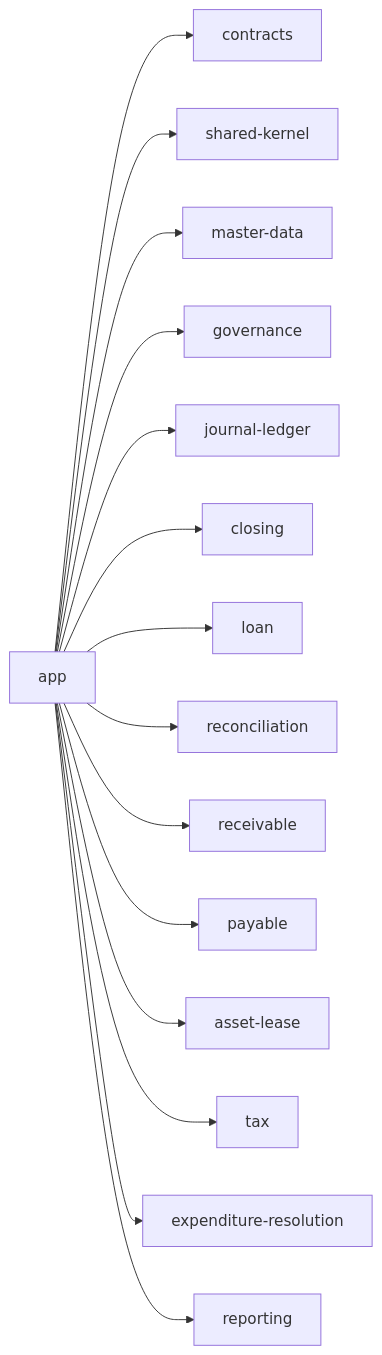
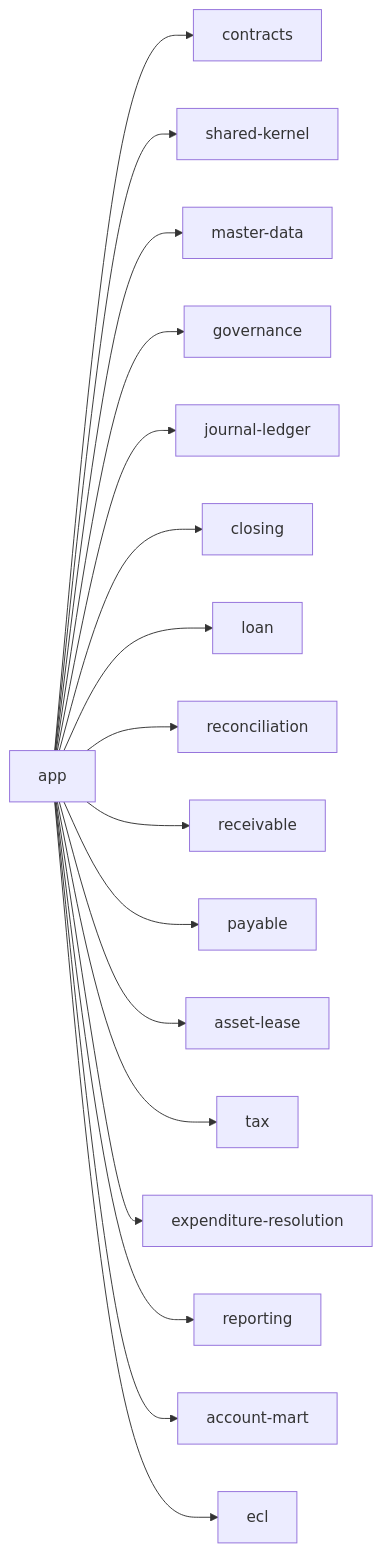
One commit to skyg547/account changed the second of 5 diagrams in docs/process-flow.md. Above: the diagram before and after it, drawn with Mermaid. The commit also changed 2 other files, not shown here.

Commit message:
docs: 프론트엔드 및 인프라 구조도에 Mermaid 다이어그램 추가 및 프로세스 문서 최신화

````diff
--- a/docs/process-flow.md
+++ b/docs/process-flow.md
@@ -21,17 +21,19 @@
 ```mermaid
 flowchart LR
     A[app] --> B[contracts]
     A --> C[shared-kernel]
     A --> D[master-data]
     A --> E[governance]
     A --> F[journal-ledger]
     A --> G[closing]
     A --> H[loan]
     A --> I[reconciliation]
     A --> J[receivable]
     A --> K[payable]
     A --> L[asset-lease]
     A --> M[tax]
     A --> N[expenditure-resolution]
     A --> O[reporting]
+    A --> P[account-mart]
+    A --> Q[ecl]
 ```
````
